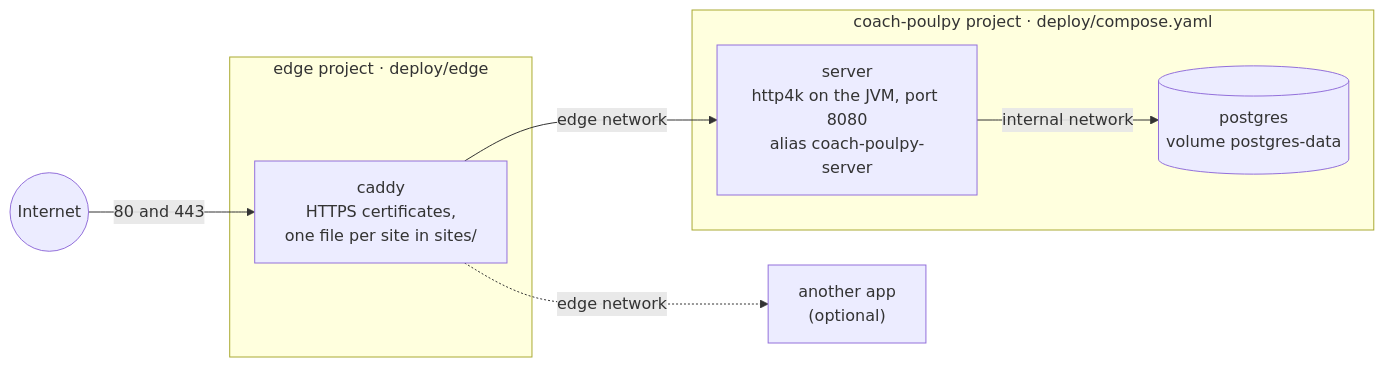
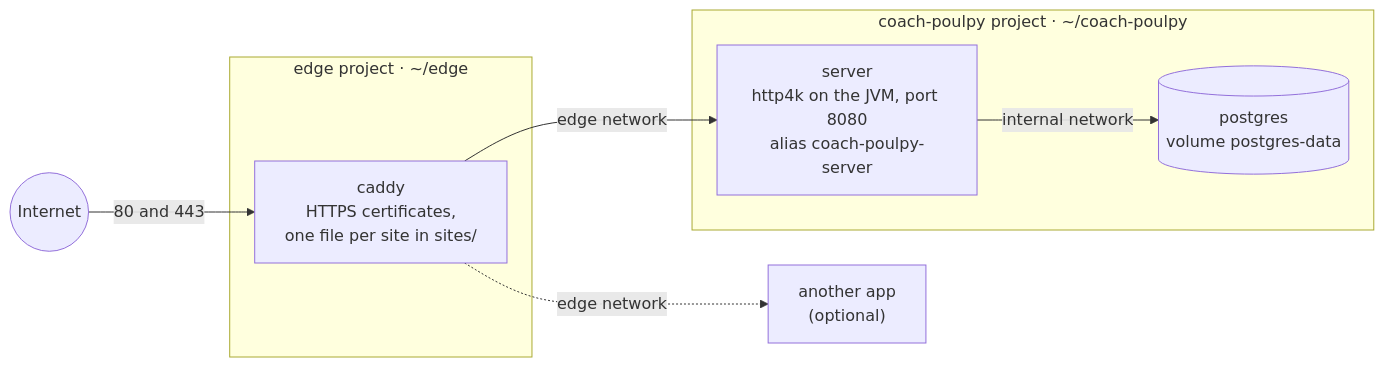
Before and after one commit to tkint/coach-poulpy: the diagram in docs/deploying-the-server.md, drawn with Mermaid. The commit also changed other lines of this file and 7 other files, not shown here.

````diff
--- a/docs/deploying-the-server.md
+++ b/docs/deploying-the-server.md
@@ -9,19 +9,19 @@
 ```mermaid
 flowchart LR
     internet(("Internet")) -- "80 and 443" --> caddy
 
-    subgraph edgeproj["edge project · deploy/edge"]
+    subgraph edgeproj["edge project · ~/edge"]
         caddy["caddy<br/>HTTPS certificates,<br/>one file per site in sites/"]
     end
 
-    subgraph cpproj["coach-poulpy project · deploy/compose.yaml"]
+    subgraph cpproj["coach-poulpy project · ~/coach-poulpy"]
         server["server<br/>http4k on the JVM, port 8080<br/>alias coach-poulpy-server"]
         postgres[("postgres<br/>volume postgres-data")]
     end
 
     other["another app<br/>(optional)"]
 
     caddy -- "edge network" --> server
     caddy -. "edge network" .-> other
     server -- "internal network" --> postgres
 ```
````
